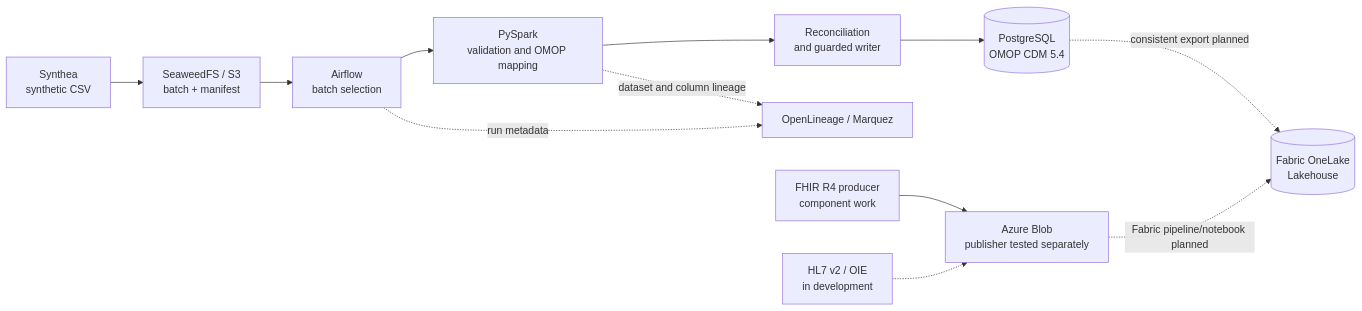
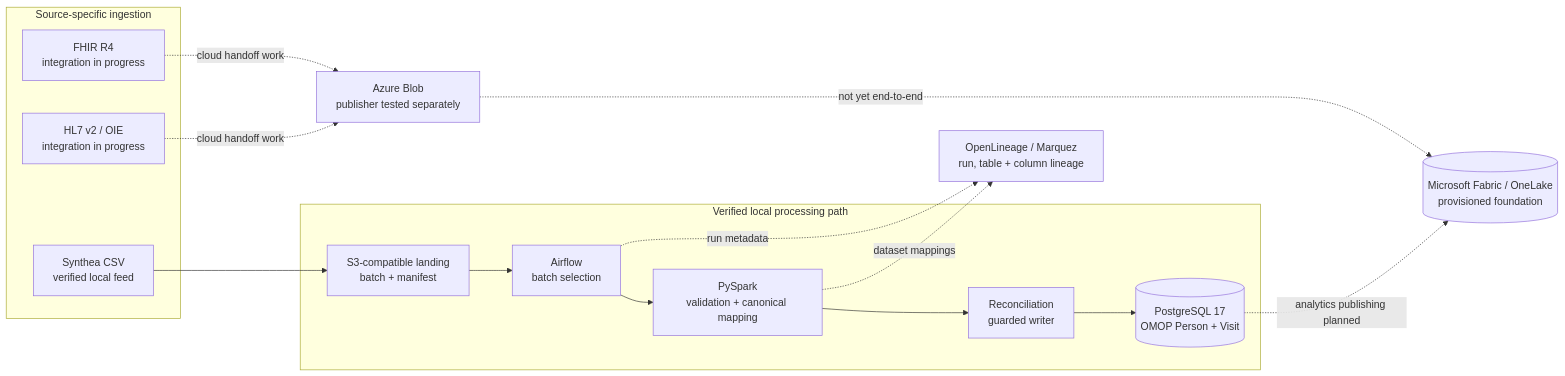
The diagram in README.md (JohnZhang-DataForge/healthcare-data-platform), drawn with Mermaid before and after one commit. The commit also changed other lines of this file, not shown here.

Commit message:
docs(readme): present unified data integration and trusted processing (#537)

````diff
--- a/README.md
+++ b/README.md
@@ -62,16 +29,26 @@
 ```mermaid
 flowchart LR
-    S["Synthea<br/>synthetic CSV"] --> L["SeaweedFS / S3<br/>batch + manifest"]
-    L --> A["Airflow<br/>batch selection"]
-    A --> P["PySpark<br/>validation and OMOP mapping"]
-    P --> R["Reconciliation<br/>and guarded writer"]
-    R --> D[("PostgreSQL<br/>OMOP CDM 5.4")]
+    subgraph SOURCES["Source-specific ingestion"]
+        CSV["Synthea CSV<br/>verified local feed"]
+        FHIR["FHIR R4<br/>integration in progress"]
+        HL7["HL7 v2 / OIE<br/>integration in progress"]
+    end
 
-    A -. "run metadata" .-> M["OpenLineage / Marquez"]
-    P -. "dataset and column lineage" .-> M
+    subgraph LOCAL["Verified local processing path"]
+        LAND["S3-compatible landing<br/>batch + manifest"]
+        AIR["Airflow<br/>batch selection"]
+        SPARK["PySpark<br/>validation + canonical mapping"]
+        GATE["Reconciliation<br/>guarded writer"]
+        OMOP[("PostgreSQL 17<br/>OMOP Person + Visit")]
+    end
 
-    F["FHIR R4 producer<br/>component work"] --> B["Azure Blob<br/>publisher tested separately"]
-    H["HL7 v2 / OIE<br/>in development"] -.-> B
-    D -. "consistent export planned" .-> C[("Fabric OneLake<br/>Lakehouse")]
-    B -. "Fabric pipeline/notebook planned" .-> C
+    CSV --> LAND --> AIR --> SPARK --> GATE --> OMOP
+
+    AIR -. "run metadata" .-> LINEAGE["OpenLineage / Marquez<br/>run, table + column lineage"]
+    SPARK -. "dataset mappings" .-> LINEAGE
+
+    FHIR -. "cloud handoff work" .-> BLOB["Azure Blob<br/>publisher tested separately"]
+    HL7 -. "cloud handoff work" .-> BLOB
+    BLOB -. "not yet end-to-end" .-> FABRIC[("Microsoft Fabric / OneLake<br/>provisioned foundation")]
+    OMOP -. "analytics publishing planned" .-> FABRIC
 ```
````
